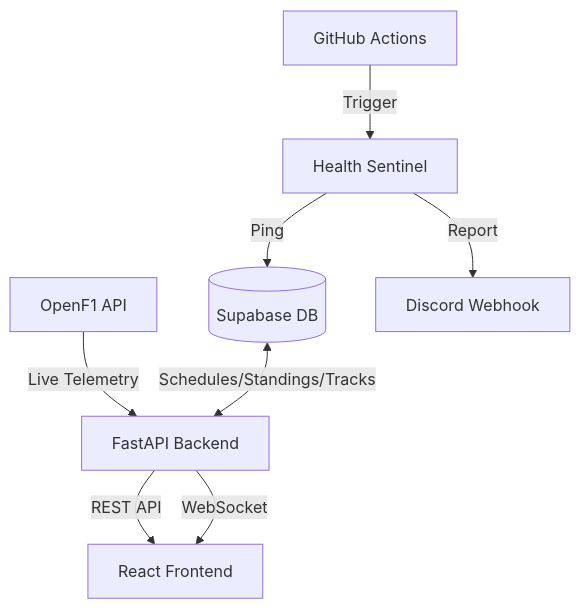
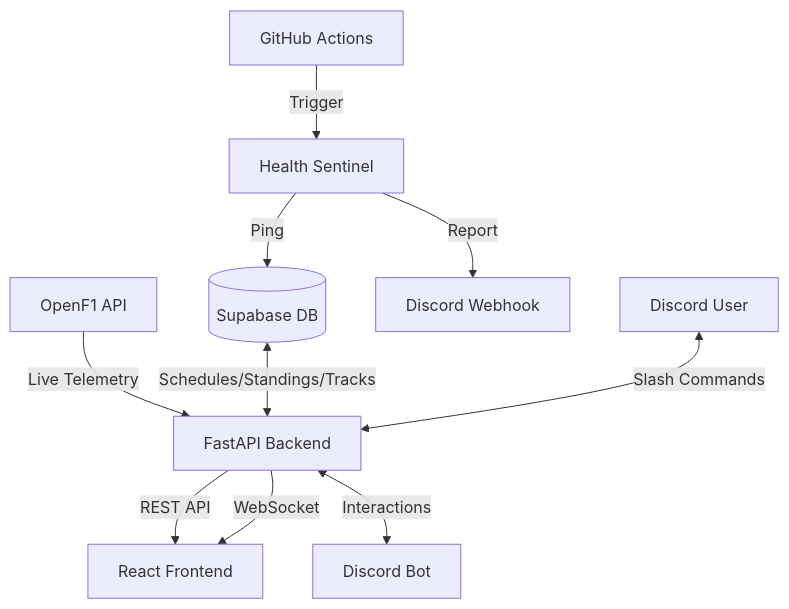
The diagram in README.md (Ashborn-047/silverwall), drawn with Mermaid before and after one commit. The commit also changed other lines of this file, not shown here.

Commit message:
docs: Update README with Discord Interaction Engine and new architecture

````diff
--- a/README.md
+++ b/README.md
@@ -123,10 +127,12 @@
 ```mermaid
 graph TD
     A[OpenF1 API] -->|Live Telemetry| B[FastAPI Backend]
     S[(Supabase DB)] <-->|Schedules/Standings/Tracks| B
     B -->|REST API| F[React Frontend]
     B -->|WebSocket| F
     G[GitHub Actions] -->|Trigger| H[Health Sentinel]
     H -->|Ping| S
-    H -->|Report| D[Discord Webhook]
+    H -->|Report| D1[Discord Webhook]
+    U[Discord User] <-->|Slash Commands| B
+    B <-->|Interactions| D2[Discord Bot]
 ```
````
